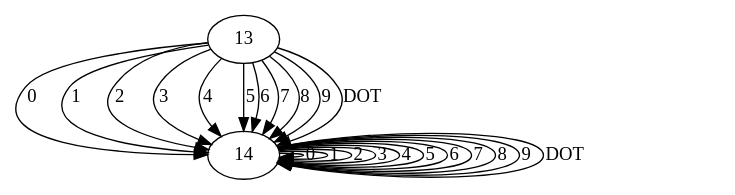
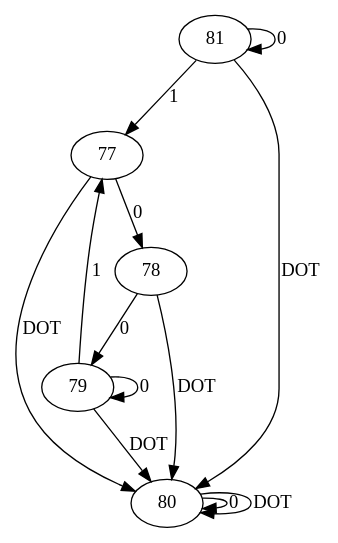
One commit to dsiragusa/grep changed the diagram in dot/hopcroft.dot. Above: the diagram before and after it, drawn with Graphviz. The commit also changed 10 other files, not shown here.

```diff
--- a/dot/hopcroft.dot
+++ b/dot/hopcroft.dot
@@ -1,24 +1,14 @@
 digraph nfa{
-14 -> 14 [label="0"];
-14 -> 14 [label="1"];
-14 -> 14 [label="2"];
-14 -> 14 [label="3"];
-14 -> 14 [label="4"];
-14 -> 14 [label="5"];
-14 -> 14 [label="6"];
-14 -> 14 [label="7"];
-14 -> 14 [label="8"];
-14 -> 14 [label="9"];
-14 -> 14 [label="DOT"];
-13 -> 14 [label="0"];
-13 -> 14 [label="1"];
-13 -> 14 [label="2"];
-13 -> 14 [label="3"];
-13 -> 14 [label="4"];
-13 -> 14 [label="5"];
-13 -> 14 [label="6"];
-13 -> 14 [label="7"];
-13 -> 14 [label="8"];
-13 -> 14 [label="9"];
-13 -> 14 [label="DOT"];
+77 -> 78 [label="0"];
+77 -> 80 [label="DOT"];
+78 -> 79 [label="0"];
+78 -> 80 [label="DOT"];
+81 -> 81 [label="0"];
+81 -> 77 [label="1"];
+81 -> 80 [label="DOT"];
+79 -> 79 [label="0"];
+79 -> 77 [label="1"];
+79 -> 80 [label="DOT"];
+80 -> 80 [label="0"];
+80 -> 80 [label="DOT"];
 }
```
